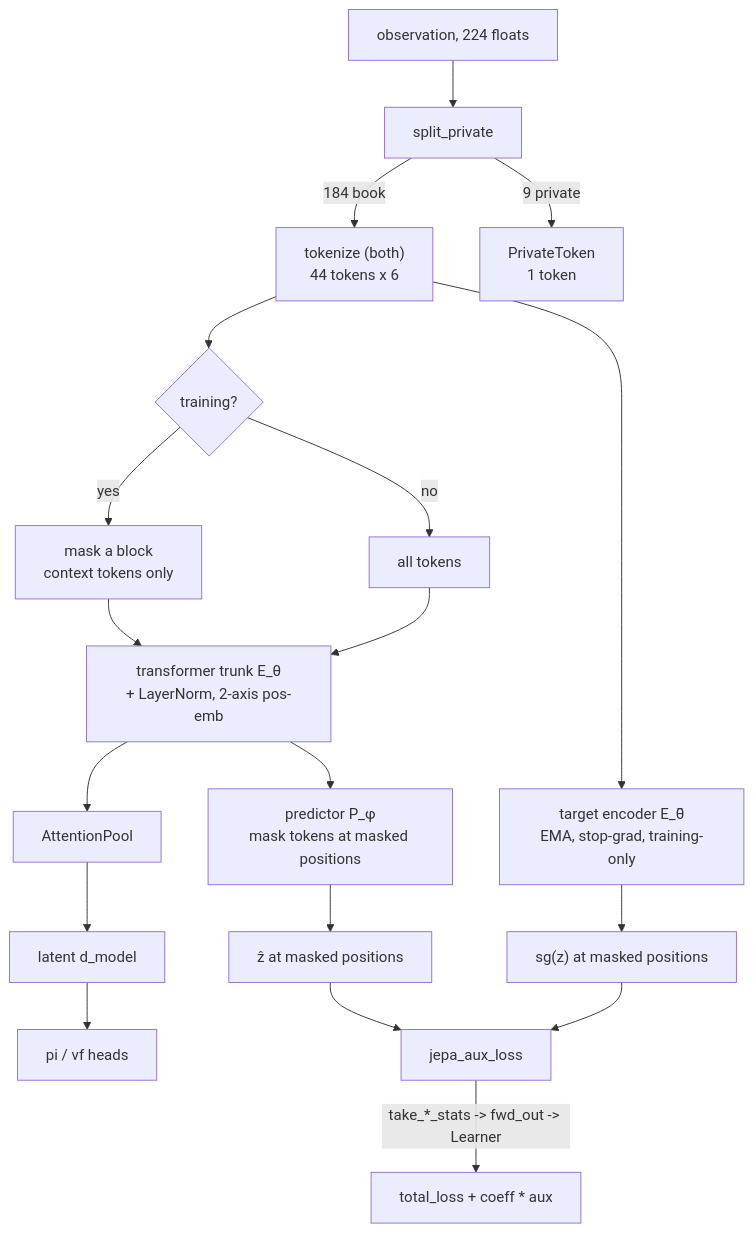
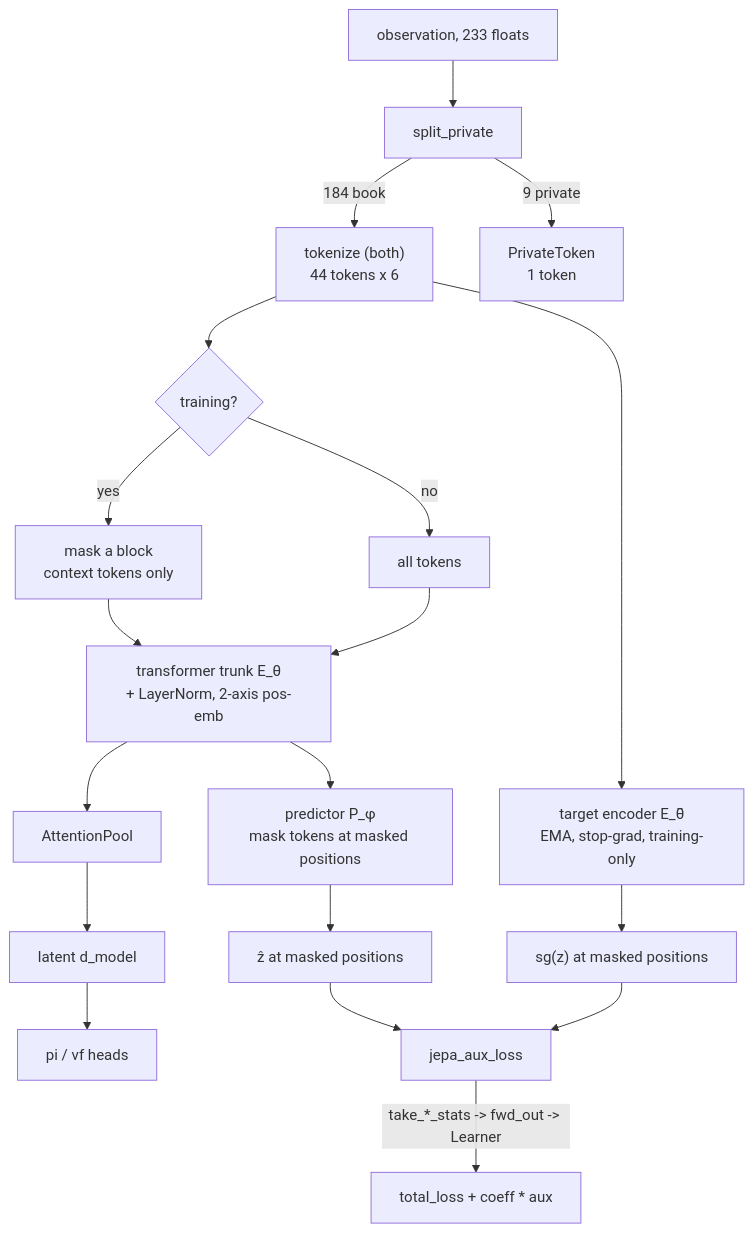
Before and after one commit to ChuaCheowHuan/gym-continuousDoubleAuction: the third of 4 diagrams in doc/22_jepa_integration.md, drawn with Mermaid. The commit also changed other lines of this file and 30 other files, not shown here.

````diff
--- a/doc/22_jepa_integration.md
+++ b/doc/22_jepa_integration.md
@@ -313,19 +313,19 @@
 ```mermaid
 flowchart TD
-    OBS["observation, 224 floats"] --> SPLIT["split_private"]
+    OBS["observation, 233 floats"] --> SPLIT["split_private"]
     SPLIT -->|"184 book"| TOK["tokenize (both)<br/>44 tokens x 6"]
     SPLIT -->|"9 private"| PTOK["PrivateToken<br/>1 token"]
     TOK --> MASK{"training?"}
     MASK -->|"yes"| CTX["mask a block<br/>context tokens only"]
     MASK -->|"no"| FULL["all tokens"]
     CTX --> ENC["transformer trunk E_θ<br/>+ LayerNorm, 2-axis pos-emb"]
     FULL --> ENC
     TOK --> TENC["target encoder E_θ̄<br/>EMA, stop-grad, training-only"]
     ENC --> POOL["AttentionPool"] --> LAT["latent d_model"] --> HEADS["pi / vf heads"]
     ENC --> PRED["predictor P_φ<br/>mask tokens at masked positions"]
     PRED --> ZP["ẑ at masked positions"]
     TENC --> ZT["sg(z) at masked positions"]
     ZP --> AUX["jepa_aux_loss"]
     ZT --> AUX
     AUX -->|"take_*_stats -> fwd_out -> Learner"| OPT["total_loss + coeff * aux"]
 ```
````
